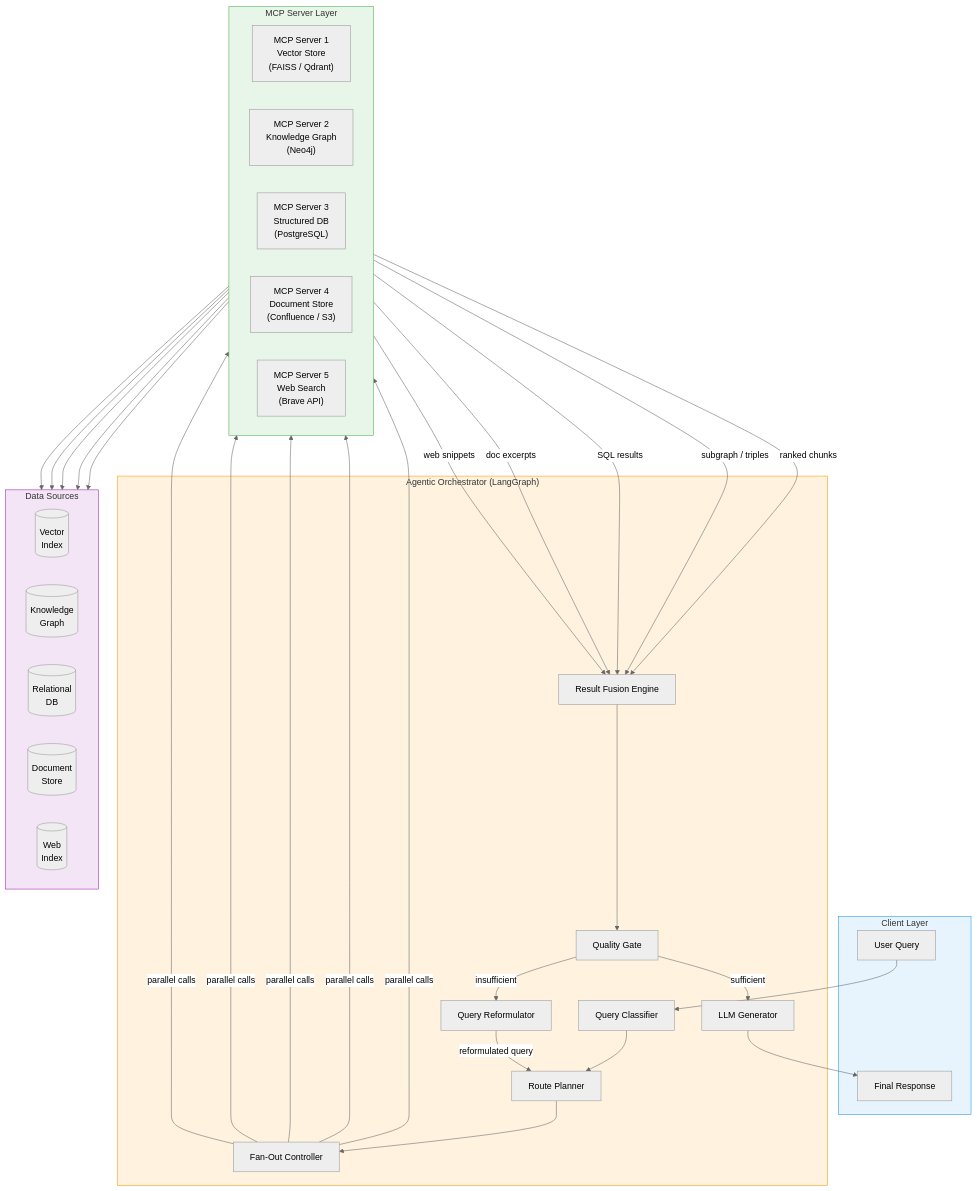
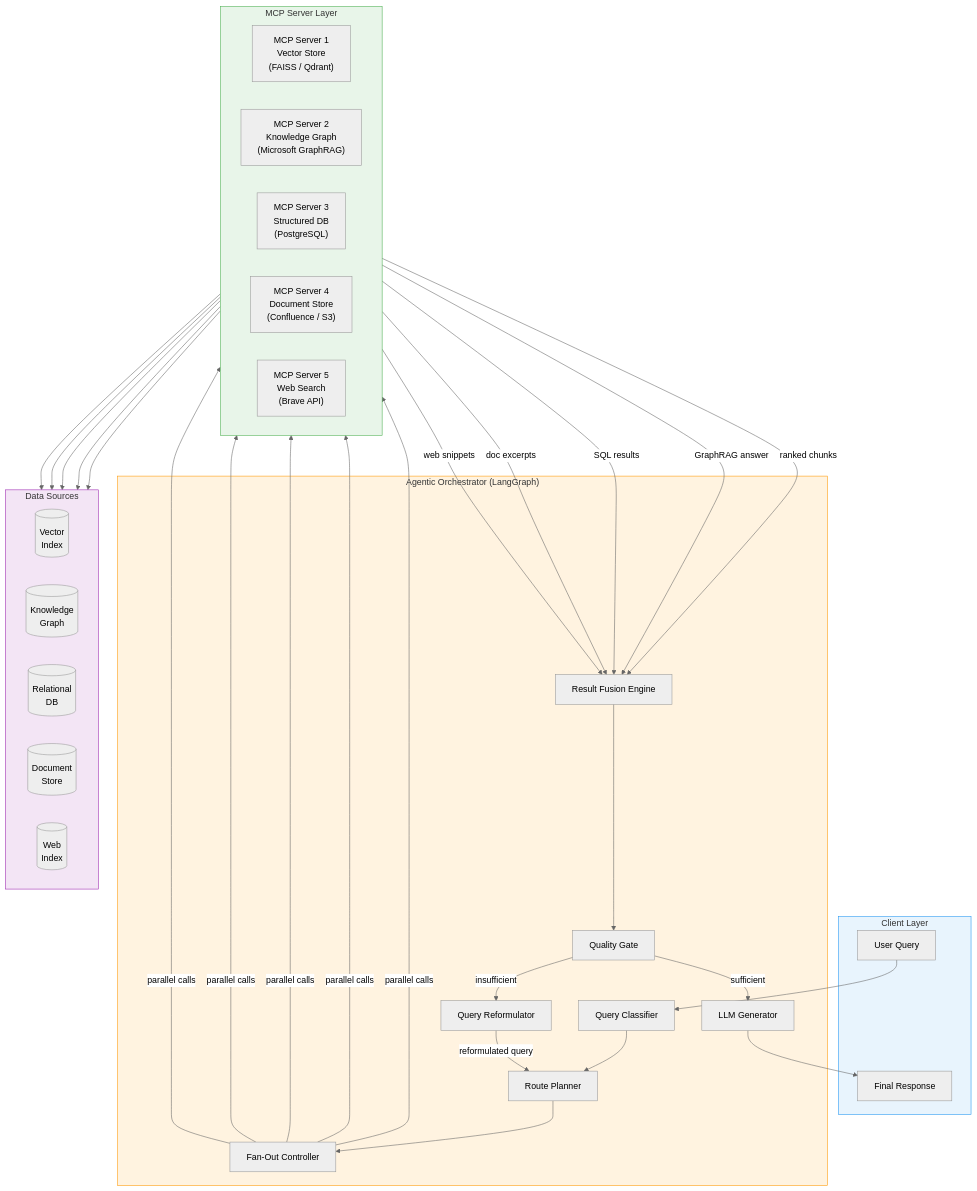
The first of 9 diagrams in src/examples/langgraph/mcp_rag/mcp-distributed-rag-architecture.md (dimitarpg13/rag_architectures_and_concepts), drawn with Mermaid (neutral theme) before and after one commit. The commit also changed other lines of this file and 4 other files, not shown here.

Commit message:
update graphrag server workflow

````diff
--- a/src/examples/langgraph/mcp_rag/mcp-distributed-rag-architecture.md
+++ b/src/examples/langgraph/mcp_rag/mcp-distributed-rag-architecture.md
@@ -19,67 +19,67 @@
 ```mermaid
 flowchart TB
     subgraph Client["Client Layer"]
         U["User Query"]
         R["Final Response"]
     end
 
     subgraph Orchestrator["Agentic Orchestrator (LangGraph)"]
         QC["Query Classifier"]
         RP["Route Planner"]
         FO["Fan-Out Controller"]
         RF["Result Fusion Engine"]
         QG["Quality Gate"]
         GEN["LLM Generator"]
         RE["Query Reformulator"]
     end
 
     subgraph MCP_Layer["MCP Server Layer"]
         direction LR
         MCP1["MCP Server 1<br/>Vector Store<br/>(FAISS / Qdrant)"]
-        MCP2["MCP Server 2<br/>Knowledge Graph<br/>(Neo4j)"]
+        MCP2["MCP Server 2<br/>Knowledge Graph<br/>(Microsoft GraphRAG)"]
         MCP3["MCP Server 3<br/>Structured DB<br/>(PostgreSQL)"]
         MCP4["MCP Server 4<br/>Document Store<br/>(Confluence / S3)"]
         MCP5["MCP Server 5<br/>Web Search<br/>(Brave API)"]
     end
 
     subgraph Data["Data Sources"]
         direction LR
         VS[("Vector<br/>Index")]
         KG[("Knowledge<br/>Graph")]
         DB[("Relational<br/>DB")]
         DS[("Document<br/>Store")]
         WEB[("Web<br/>Index")]
     end
 
     U --> QC
     QC --> RP
     RP --> FO
     FO -->|"parallel calls"| MCP1
     FO -->|"parallel calls"| MCP2
     FO -->|"parallel calls"| MCP3
     FO -->|"parallel calls"| MCP4
     FO -->|"parallel calls"| MCP5
 
     MCP1 --> VS
     MCP2 --> KG
     MCP3 --> DB
     MCP4 --> DS
     MCP5 --> WEB
 
     MCP1 -->|"ranked chunks"| RF
-    MCP2 -->|"subgraph / triples"| RF
+    MCP2 -->|"GraphRAG answer"| RF
     MCP3 -->|"SQL results"| RF
     MCP4 -->|"doc excerpts"| RF
     MCP5 -->|"web snippets"| RF
 
     RF --> QG
     QG -->|"sufficient"| GEN
     QG -->|"insufficient"| RE
     RE -->|"reformulated query"| RP
     GEN --> R
 
     style Client fill:#e8f4fd,stroke:#2196F3
     style Orchestrator fill:#fff3e0,stroke:#FF9800
     style MCP_Layer fill:#e8f5e9,stroke:#4CAF50
     style Data fill:#f3e5f5,stroke:#9C27B0
 ```
````
